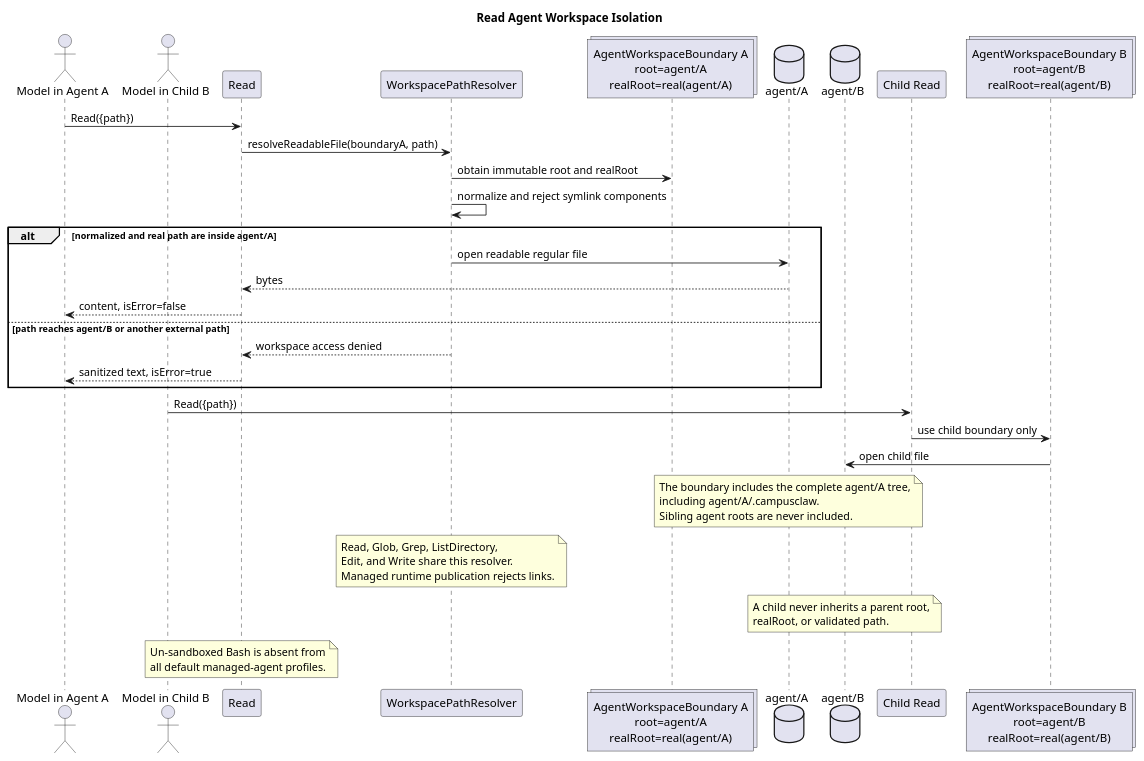
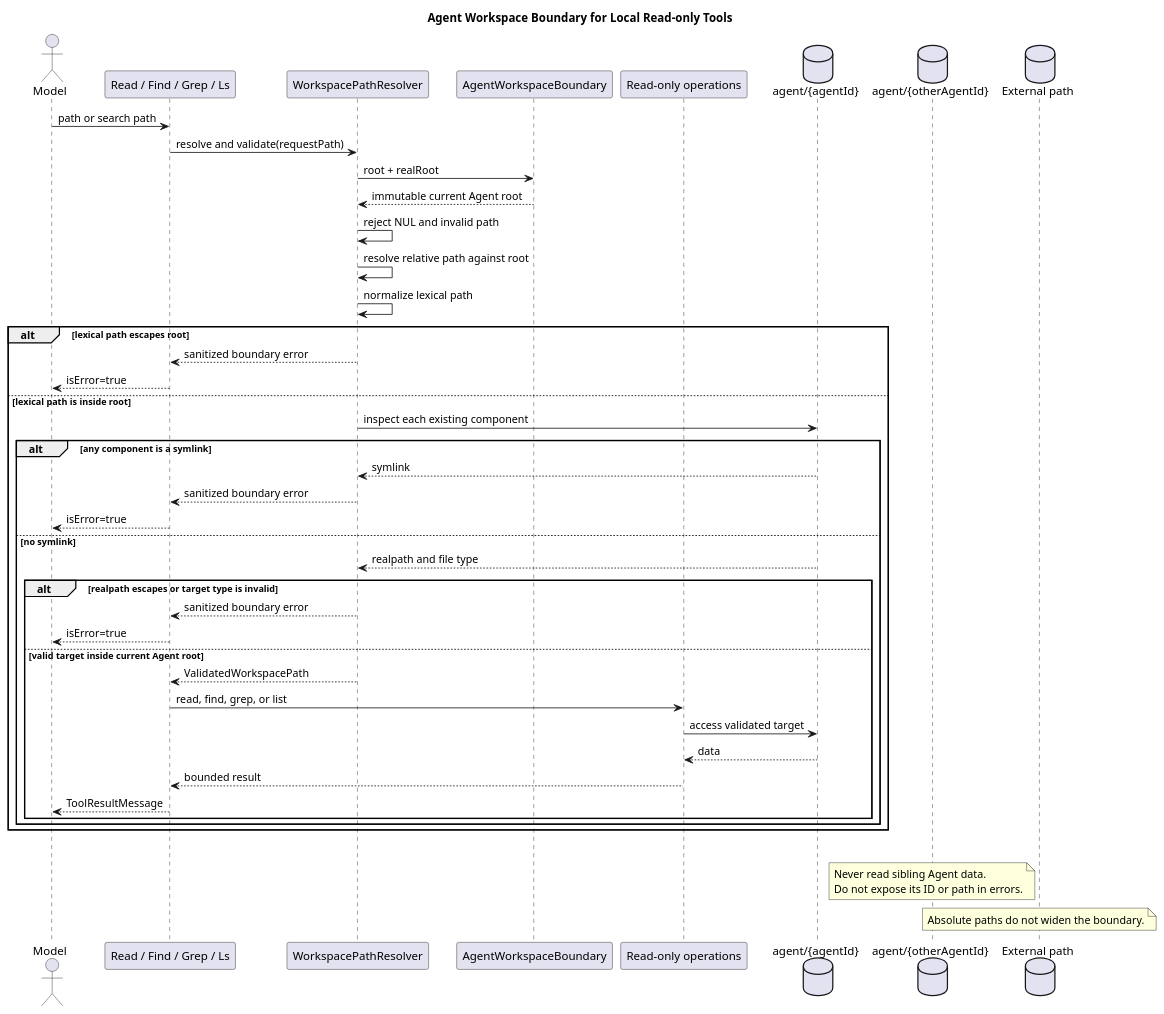
One commit to ssm0808/pi-mono-java-design changed the eighth of 8 diagrams in pi-mono-java-tool-system/diagram.puml. Above: the diagram before and after it, drawn with PlantUML. The commit also changed other lines of this file and 13 other files, not shown here.

Commit message:
docs(tool-system): align managed tool contracts

```diff
--- a/pi-mono-java-tool-system/diagram.puml
+++ b/pi-mono-java-tool-system/diagram.puml
@@ -371,66 +457,65 @@
 @startuml read_agent_workspace_isolation
-title Read Agent Workspace Isolation
+title Agent Workspace Boundary for Local Read-only Tools
+skinparam shadowing false
 
-' Source evidence: pi-mono-java modules/coding-agent-cli/src/main/java/com/campusclaw/codingagent/tool/read/ReadTool.java, execute
-' Source evidence: pi-mono-java modules/coding-agent-cli/src/main/java/com/campusclaw/codingagent/util/PathUtils.java, resolveReadPath
-' Source evidence: pi-mono-java modules/coding-agent-cli/src/main/java/com/campusclaw/codingagent/runtime/AgentRuntimeManager.java, prepare and requireValidAgentId
-' Source evidence: pi-mono-java modules/coding-agent-cli/src/main/java/com/campusclaw/codingagent/runtime/PreparedAgentRuntime.java, agentRoot
-' Source evidence: pi-mono-java modules/coding-agent-cli/src/main/java/com/campusclaw/codingagent/tool/bash/BashExecutor.java, execute
-' Source evidence: pi-mono packages/coding-agent/src/core/tools/read.ts, createReadToolDefinition
-' Observed behavior: Java Read checks a cwd boundary, while the target has no immutable per-session workspace boundary yet.
-' Java divergence: the target root is the complete agent/{agentId} directory and a child receives its own independent root.
-' Security hardening: lexical paths, absolute paths, symlinks, and real paths cannot escape the current agent root.
-' Product constraint: un-sandboxed Bash is disabled in all default managed-agent profiles.
+' Source evidence (CampusClaw d649866):
+' modules/coding-agent-cli/src/main/java/com/campusclaw/codingagent/tool/read/ReadTool.java
+' modules/coding-agent-cli/src/main/java/com/campusclaw/codingagent/util/PathUtils.java
+' modules/coding-agent-cli/src/main/java/com/campusclaw/codingagent/tool/bash/BashExecutor.java
+' pi packages/coding-agent/src/core/tools/read.ts, find.ts, grep.ts, ls.ts
+' Observed behavior: current Read checks cwd containment, while the remaining
+' tools do not share one session-bound Agent root. Bash cwd is not a sandbox.
+' Design reason: every local tool uses the same immutable root and rejects
+' symlink or realpath escape. Command and write tools are never assembled.
 
-skinparam shadowing false
-skinparam backgroundColor white
+actor Model
+participant "Read / Find / Grep / Ls" as Tool
+participant "WorkspacePathResolver" as Resolver
+participant "AgentWorkspaceBoundary" as Boundary
+participant "Read-only operations" as Operations
+database "agent/{agentId}" as Root
+database "agent/{otherAgentId}" as Other
+database "External path" as External
 
-actor "Model in Agent A" as MODEL_A
-actor "Model in Child B" as MODEL_B
-participant "Read" as READ_A
-participant "WorkspacePathResolver" as RESOLVER_A
-collections "AgentWorkspaceBoundary A\nroot=agent/A\nrealRoot=real(agent/A)" as BOUNDARY_A
-database "agent/A" as ROOT_A
-database "agent/B" as ROOT_B
-participant "Child Read" as READ_B
-collections "AgentWorkspaceBoundary B\nroot=agent/B\nrealRoot=real(agent/B)" as BOUNDARY_B
-
-MODEL_A -> READ_A : Read({path})
-READ_A -> RESOLVER_A : resolveReadableFile(boundaryA, path)
-RESOLVER_A -> BOUNDARY_A : obtain immutable root and realRoot
-RESOLVER_A -> RESOLVER_A : normalize and reject symlink components
-alt normalized and real path are inside agent/A
-  RESOLVER_A -> ROOT_A : open readable regular file
-  ROOT_A --> READ_A : bytes
-  READ_A --> MODEL_A : content, isError=false
-else path reaches agent/B or another external path
-  RESOLVER_A --> READ_A : workspace access denied
-  READ_A --> MODEL_A : sanitized text, isError=true
+Model -> Tool : path or search path
+Tool -> Resolver : resolve and validate(requestPath)
+Resolver -> Boundary : root + realRoot
+Boundary --> Resolver : immutable current Agent root
+Resolver -> Resolver : reject NUL and invalid path
+Resolver -> Resolver : resolve relative path against root
+Resolver -> Resolver : normalize lexical path
+alt lexical path escapes root
+  Resolver --> Tool : sanitized boundary error
+  Tool --> Model : isError=true
+else lexical path is inside root
+  Resolver -> Root : inspect each existing component
+  alt any component is a symlink
+    Root --> Resolver : symlink
+    Resolver --> Tool : sanitized boundary error
+    Tool --> Model : isError=true
+  else no symlink
+    Root --> Resolver : realpath and file type
+    alt realpath escapes or target type is invalid
+      Resolver --> Tool : sanitized boundary error
+      Tool --> Model : isError=true
+    else valid target inside current Agent root
+      Resolver --> Tool : ValidatedWorkspacePath
+      Tool -> Operations : read, find, grep, or list
+      Operations -> Root : access validated target
+      Root --> Operations : data
+      Operations --> Tool : bounded result
+      Tool --> Model : ToolResultMessage
+    end
+  end
 end
 
-MODEL_B -> READ_B : Read({path})
-READ_B -> BOUNDARY_B : use child boundary only
-BOUNDARY_B -> ROOT_B : open child file
-
-note over ROOT_A
-The boundary includes the complete agent/A tree,
-including agent/A/.campusclaw.
-Sibling agent roots are never included.
+Root -[hidden]-> Other
+Other -[hidden]-> External
+note over Other
+Never read sibling Agent data.
+Do not expose its ID or path in errors.
 end note
-
-note over RESOLVER_A
-Read, Glob, Grep, ListDirectory,
-Edit, and Write share this resolver.
-Managed runtime publication rejects links.
-end note
-
-note over ROOT_B
-A child never inherits a parent root,
-realRoot, or validated path.
-end note
-
-note over READ_A
-Un-sandboxed Bash is absent from
-all default managed-agent profiles.
+note over External
+Absolute paths do not widen the boundary.
 end note
 @enduml
```
